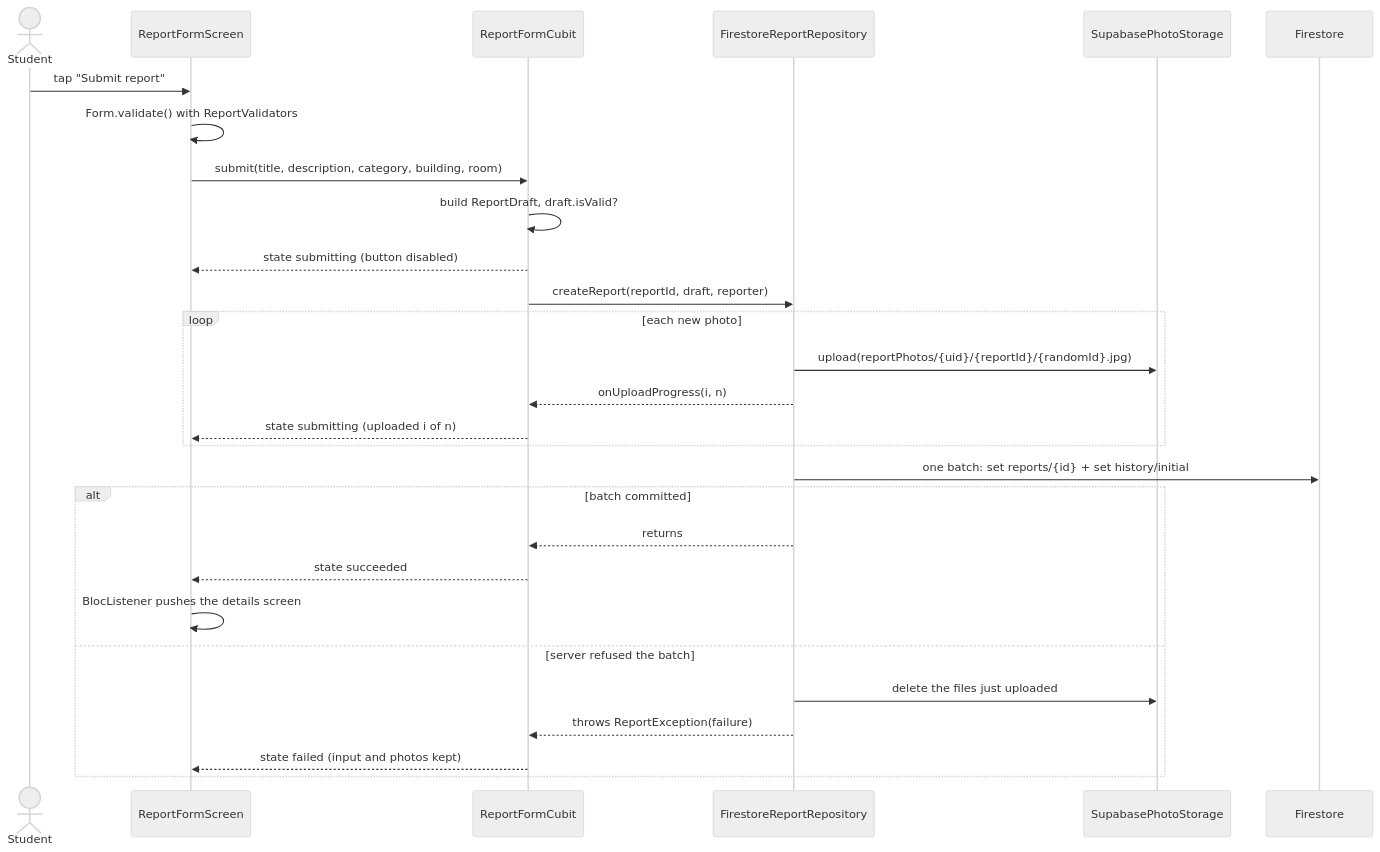
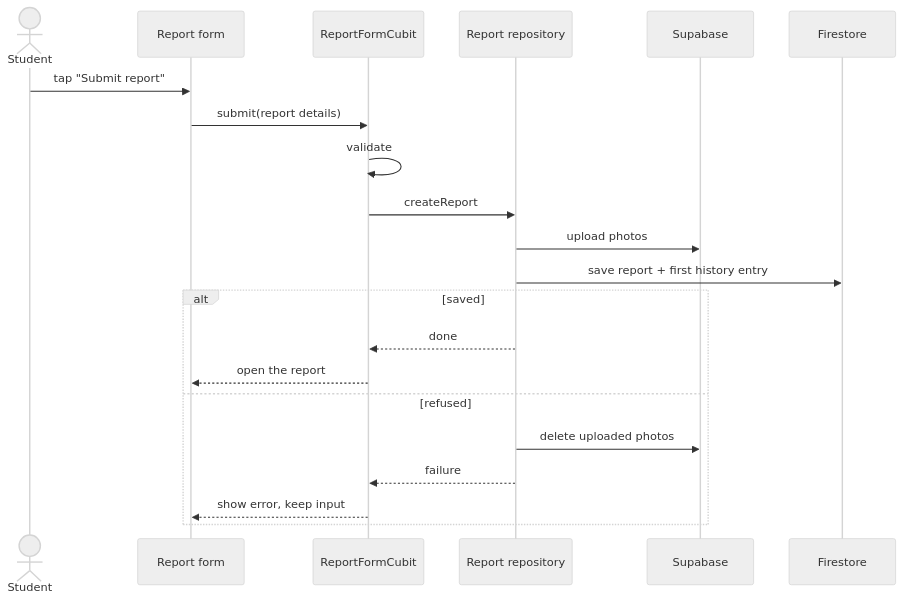
The third of 6 diagrams in docs/Hero Technical Documentation.md (rebakevin/Hero), drawn with Mermaid (neutral theme) before and after one commit. The commit also changed other lines of this file, not shown here.

````diff
--- a/docs/Hero Technical Documentation.md
+++ b/docs/Hero Technical Documentation.md
@@ -206,30 +177,23 @@
 ```mermaid
 sequenceDiagram
     actor S as Student
-    participant F as ReportFormScreen
+    participant F as Report form
     participant C as ReportFormCubit
-    participant R as FirestoreReportRepository
-    participant P as SupabasePhotoStorage
+    participant R as Report repository
+    participant P as Supabase
     participant DB as Firestore
     S ->> F: tap "Submit report"
-    F ->> F: Form.validate() with ReportValidators
-    F ->> C: submit(title, description, category, building, room)
-    C ->> C: build ReportDraft, draft.isValid?
-    C -->> F: state submitting (button disabled)
-    C ->> R: createReport(reportId, draft, reporter)
-    loop each new photo
-        R ->> P: upload(reportPhotos/{uid}/{reportId}/{randomId}.jpg)
-        R -->> C: onUploadProgress(i, n)
-        C -->> F: state submitting (uploaded i of n)
-    end
-    R ->> DB: one batch: set reports/{id} + set history/initial
-    alt batch committed
-        R -->> C: returns
-        C -->> F: state succeeded
-        F ->> F: BlocListener pushes the details screen
-    else server refused the batch
-        R ->> P: delete the files just uploaded
-        R -->> C: throws ReportException(failure)
-        C -->> F: state failed (input and photos kept)
+    F ->> C: submit(report details)
+    C ->> C: validate
+    C ->> R: createReport
+    R ->> P: upload photos
+    R ->> DB: save report + first history entry
+    alt saved
+        R -->> C: done
+        C -->> F: open the report
+    else refused
+        R ->> P: delete uploaded photos
+        R -->> C: failure
+        C -->> F: show error, keep input
     end
 ```
````
